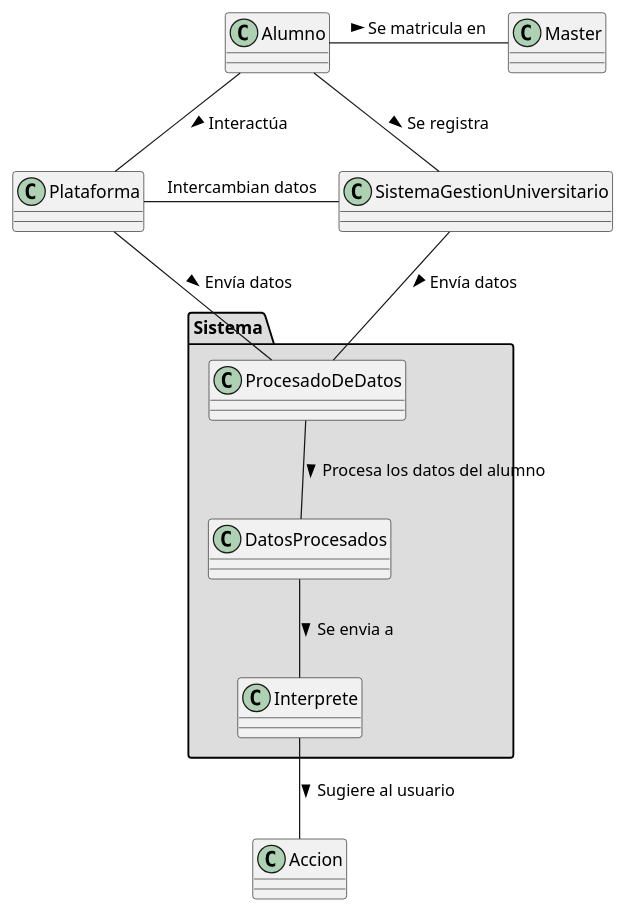
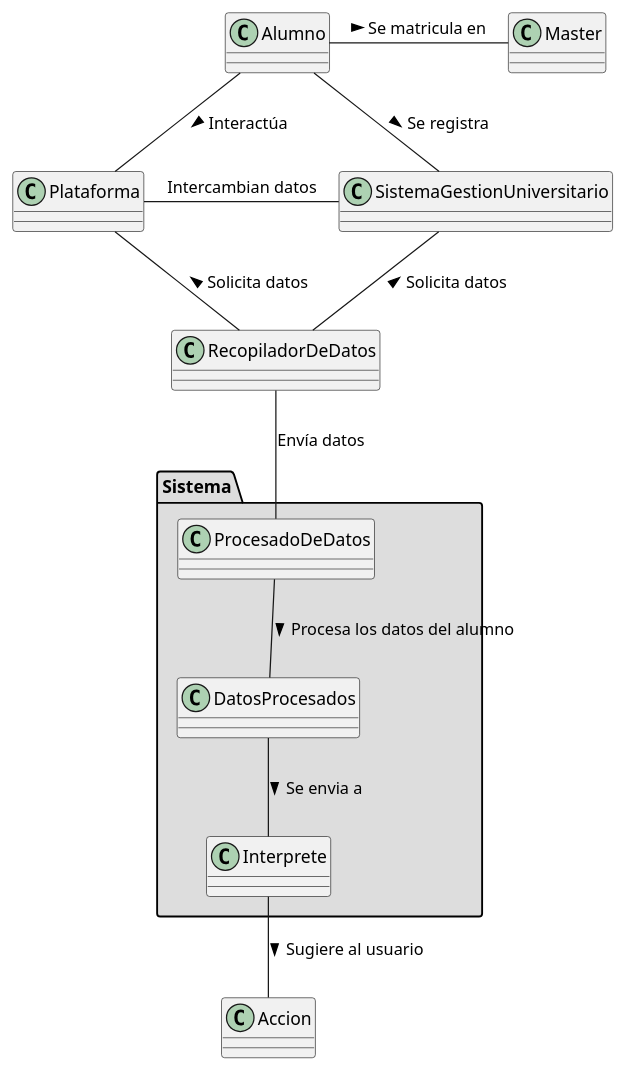
Before and after one commit to mmasias/IdSw1-22-23: the diagram in 000-entregas/Grupo1/ModeloDominio/01-DiagramaDeClases/Clases.puml, drawn with PlantUML.

```diff
--- a/000-entregas/Grupo1/ModeloDominio/01-DiagramaDeClases/Clases.puml
+++ b/000-entregas/Grupo1/ModeloDominio/01-DiagramaDeClases/Clases.puml
@@ -1,25 +1,25 @@
 @startuml Clases
 
 package "Sistema" #DDDDDD {
     class ProcesadoDeDatos
     class DatosProcesados
     class Interprete
 }
 
 Alumno -r- Master : Se matricula en >
 Alumno -- Plataforma : Interactúa >
 Alumno -d- SistemaGestionUniversitario : Se registra >
 
 
 ProcesadoDeDatos -- DatosProcesados : Procesa los datos del alumno >
 
 Plataforma -r- SistemaGestionUniversitario : Intercambian datos
 
-SistemaGestionUniversitario -- ProcesadoDeDatos : Envía datos >
-Plataforma -- ProcesadoDeDatos : Envía datos >
-
+SistemaGestionUniversitario -- RecopiladorDeDatos: Solicita datos <
+Plataforma -- RecopiladorDeDatos: Solicita datos <
+RecopiladorDeDatos--ProcesadoDeDatos : Envía datos 
 DatosProcesados -- Interprete : Se envia a >
 
 Interprete -- Accion : Sugiere al usuario >
 
 @enduml
```
